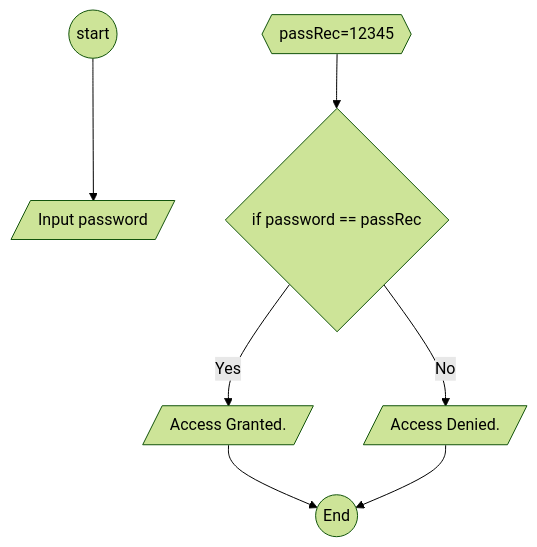
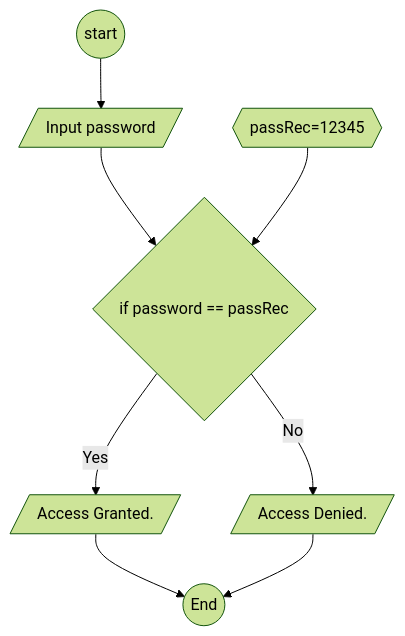
Before and after one commit to ihabau/Lexicon-lesson3-flowcharts: the diagram in Exercise3.md, drawn with Mermaid (forest theme).

Commit message:
exercise3

````diff
--- a/Exercise3.md
+++ b/Exercise3.md
@@ -25,7 +25,7 @@
 ```mermaid
 graph TD
-A((start)) --> B[/Input password/]
-C{{passRec=12345}} --> D{if password == passRec}
+A((start)) --> B[/Input password/] --> D{if password == passRec}
+C{{passRec=12345}} --> D
 D -- Yes --> E[/Access Granted./] --> G((End))
 D -- No --> F[/Access Denied./] --> G
 ```
````
